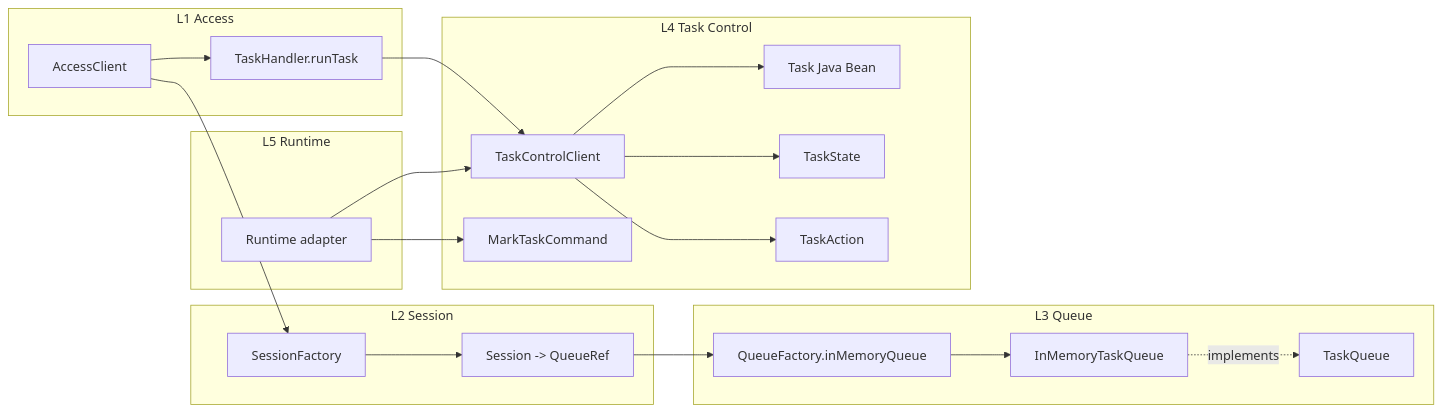
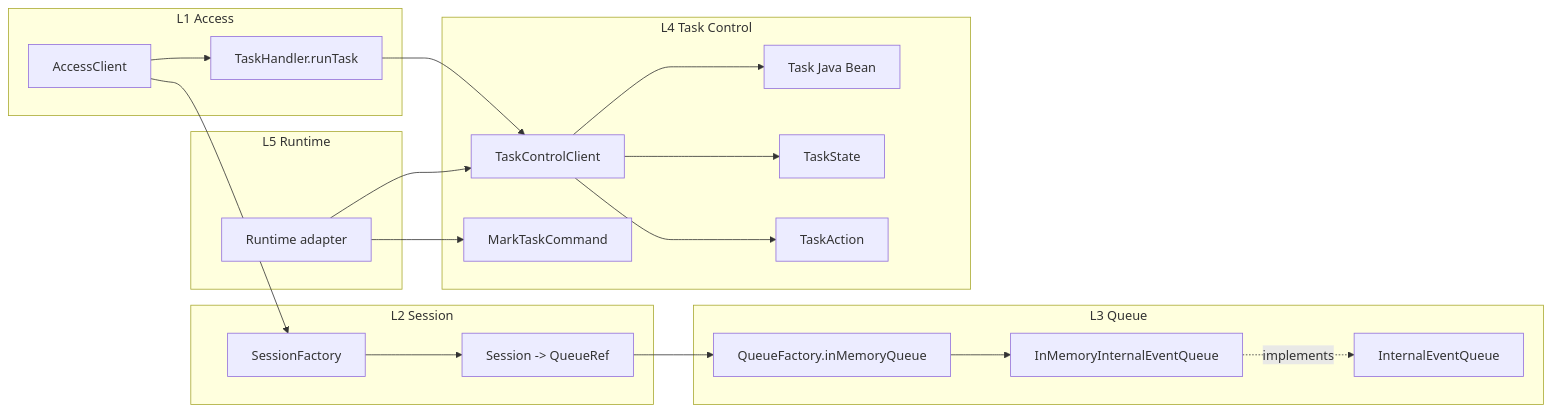
The second of 6 diagrams in architecture/docs/L1/agent-service/2026-05-30-agent-service-l3-l4-task-queue-control-architecture-proposal.cn.md (qhily/spring-ai-ascend), drawn with Mermaid before and after one commit. The commit also changed other lines of this file and 40 other files, not shown here.

Commit message:
Implement Internal Event Queue and Task-Centric Control flow

````diff
--- a/architecture/docs/L1/agent-service/2026-05-30-agent-service-l3-l4-task-queue-control-architecture-proposal.cn.md
+++ b/architecture/docs/L1/agent-service/2026-05-30-agent-service-l3-l4-task-queue-control-architecture-proposal.cn.md
@@ -107,43 +107,43 @@
 ```mermaid
 flowchart LR
     subgraph L1["L1 Access"]
         AccessClient["AccessClient"]
         TaskHandler["TaskHandler.runTask"]
     end
 
     subgraph L2["L2 Session"]
         SessionFactory["SessionFactory"]
         SessionBinding["Session -> QueueRef"]
     end
 
     subgraph L3["L3 Queue"]
-        TaskQueue["TaskQueue<T>"]
-        InMemoryQueue["InMemoryTaskQueue<T>"]
+        InternalEventQueue["InternalEventQueue<T>"]
+        InMemoryQueue["InMemoryInternalEventQueue<T>"]
         QueueFactory["QueueFactory.inMemoryQueue"]
     end
 
     subgraph L4["L4 Task Control"]
         TaskControlClient["TaskControlClient"]
         Task["Task Java Bean"]
         TaskState["TaskState"]
         TaskAction["TaskAction"]
         MarkCommand["MarkTaskCommand"]
     end
 
     subgraph L5["L5 Runtime"]
         RuntimeAdapter["Runtime adapter"]
     end
 
     AccessClient --> SessionFactory
     SessionFactory --> SessionBinding
     SessionBinding --> QueueFactory
     QueueFactory --> InMemoryQueue
-    InMemoryQueue -.implements.-> TaskQueue
+    InMemoryQueue -.implements.-> InternalEventQueue
     AccessClient --> TaskHandler
     TaskHandler --> TaskControlClient
     TaskControlClient --> Task
     TaskControlClient --> TaskState
     TaskControlClient --> TaskAction
     RuntimeAdapter --> MarkCommand
     RuntimeAdapter --> TaskControlClient
 ```
````
